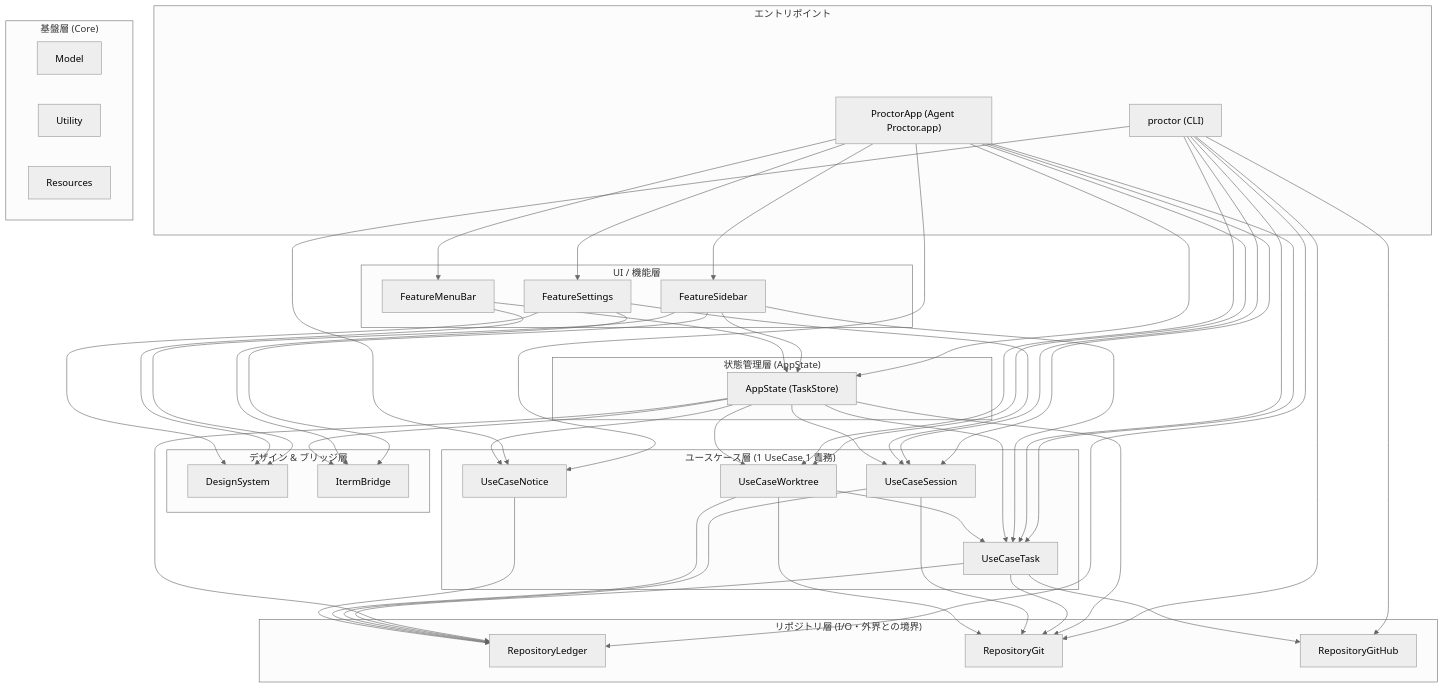
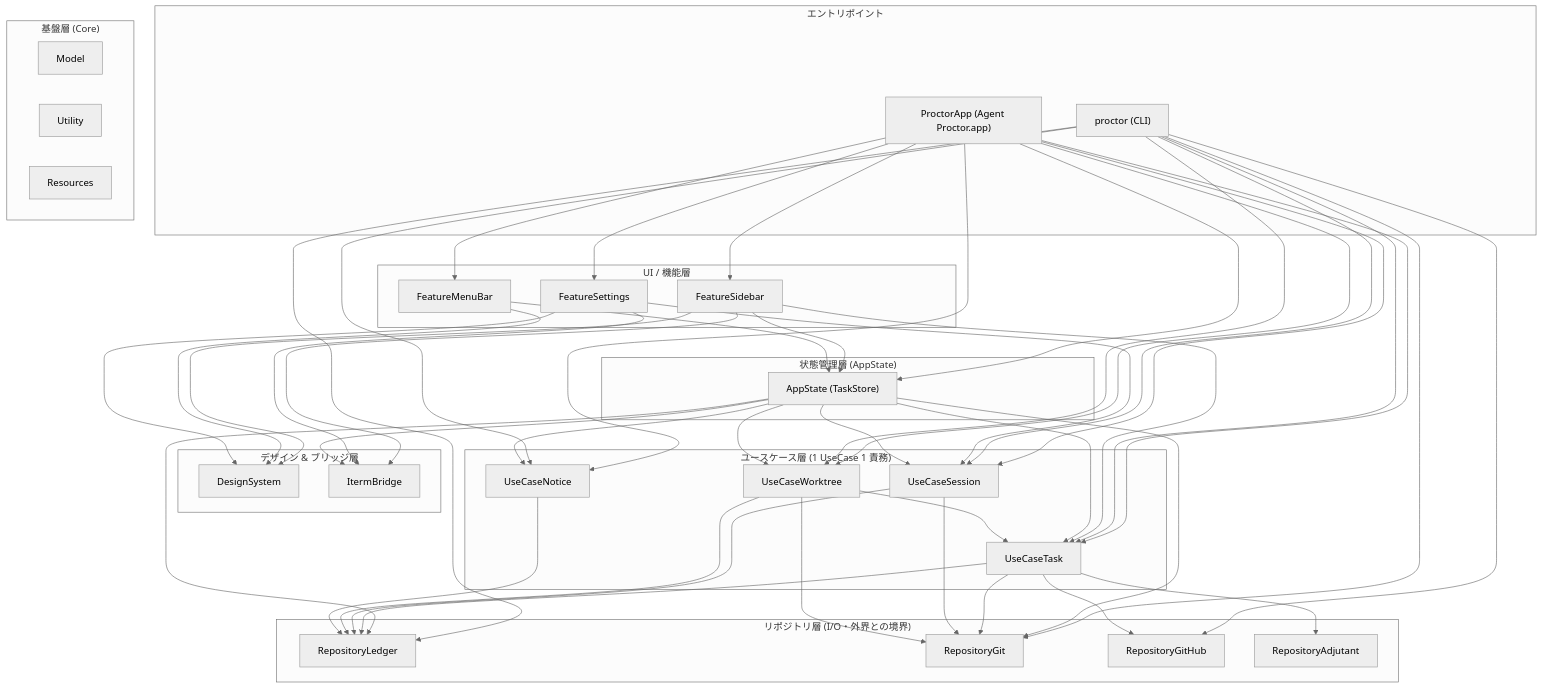
One commit to syarihu/agent-proctor changed the diagram in docs/architecture.ja.md. Above: the diagram before and after it, drawn with Mermaid (neutral theme). The commit also changed other lines of this file and 8 other files, not shown here.

```diff
--- a/docs/architecture.ja.md
+++ b/docs/architecture.ja.md
@@ -42,6 +42,7 @@
         RepositoryLedger["RepositoryLedger"]
         RepositoryGit["RepositoryGit"]
         RepositoryGitHub["RepositoryGitHub"]
+        RepositoryAdjutant["RepositoryAdjutant"]
     end
 
     subgraph Core["基盤層 (Core)"]
@@ -90,6 +91,7 @@
     UseCaseTask --> RepositoryLedger
     UseCaseTask --> RepositoryGit
     UseCaseTask --> RepositoryGitHub
+    UseCaseTask --> RepositoryAdjutant
 
     UseCaseSession --> RepositoryLedger
     UseCaseSession --> RepositoryGit
```
